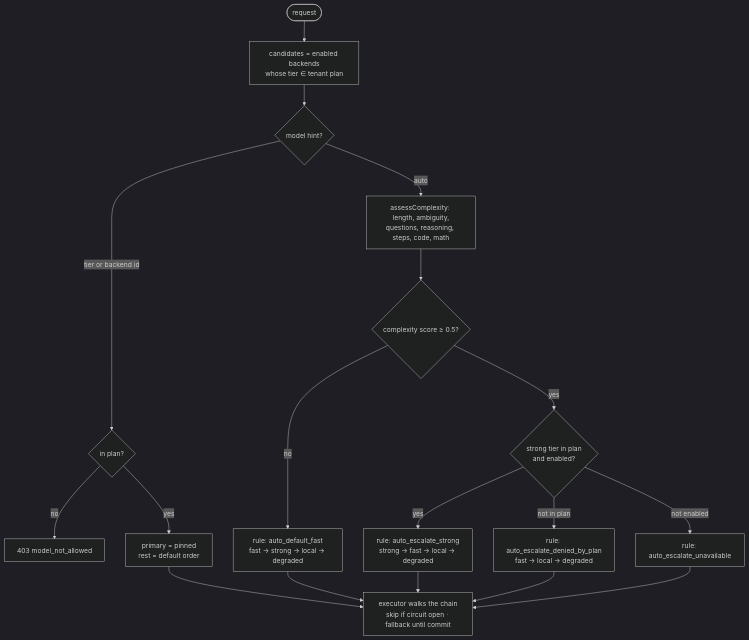
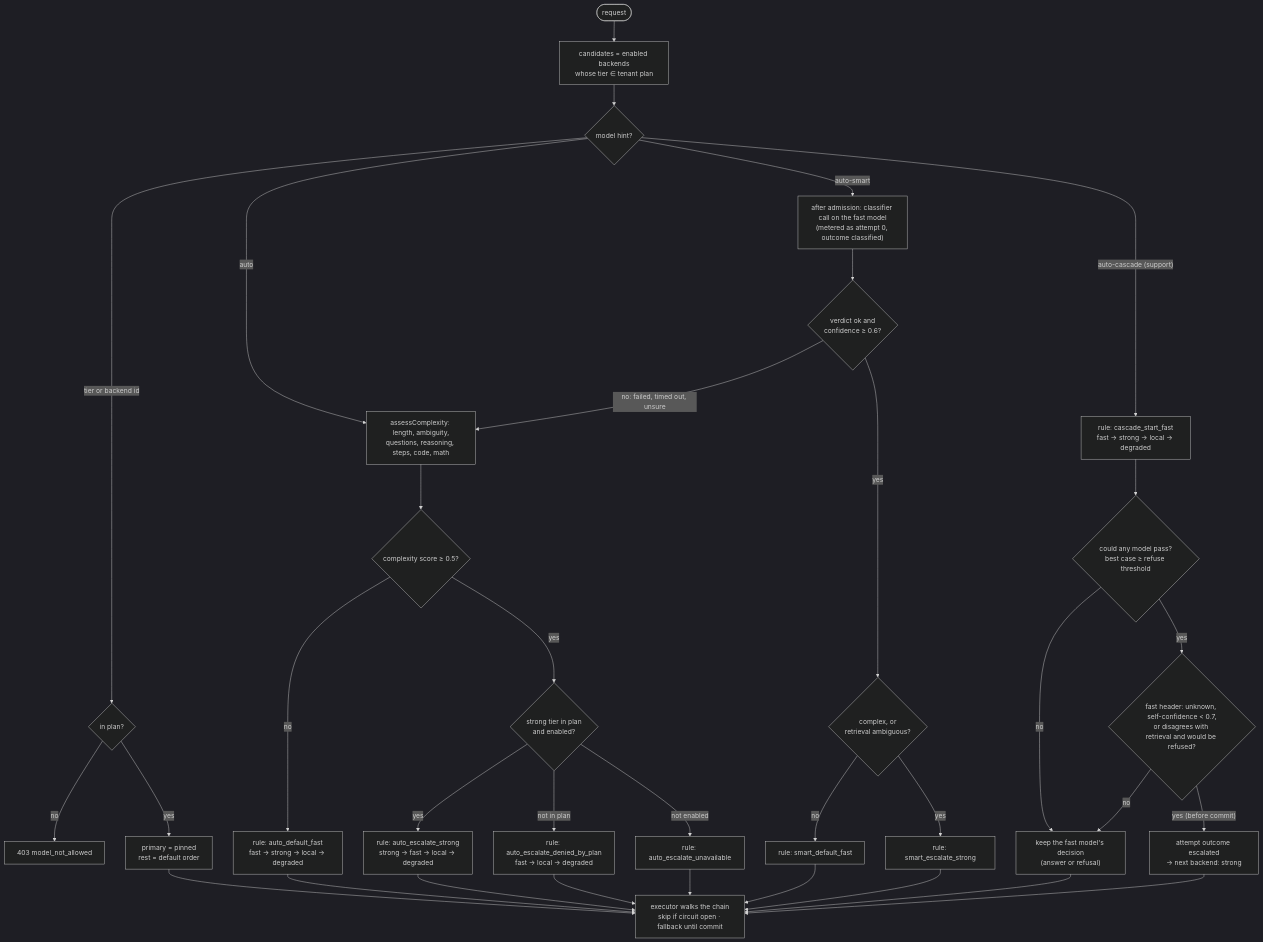
One commit to fauziridwan1709/nalar-router changed the third of 6 diagrams in docs/ARCHITECTURE.md. Above: the diagram before and after it, drawn with Mermaid (dark theme). The commit also changed 7 other files, not shown here.

Commit message:
docs: router modes in REPORT, EVALUATION runs 7-8, API, ARCHITECTURE, README and PROJECT.md

````diff
--- a/docs/ARCHITECTURE.md
+++ b/docs/ARCHITECTURE.md
@@ -110,16 +110,28 @@
 ```mermaid
 flowchart TD
     START([request]) --> ENT["candidates = enabled backends<br/>whose tier ∈ tenant plan"]
     ENT --> HINT{"model hint?"}
     HINT -->|"tier or backend id"| ALLOWED{"in plan?"}
     ALLOWED -->|no| E403["403 model_not_allowed"]
     ALLOWED -->|yes| PIN["primary = pinned<br/>rest = default order"]
     HINT -->|"auto"| CX["assessComplexity: length, ambiguity,<br/>questions, reasoning, steps, code, math"]
+    HINT -->|"auto-smart"| CLS["after admission: classifier call on the fast model<br/>(metered as attempt 0, outcome classified)"]
+    CLS --> CLSOK{"verdict ok and<br/>confidence ≥ 0.6?"}
+    CLSOK -->|"no: failed, timed out, unsure"| CX
+    CLSOK -->|yes| CLSV{"complex, or<br/>retrieval ambiguous?"}
+    CLSV -->|no| SFAST["rule: smart_default_fast"]
+    CLSV -->|yes| SSTRONG["rule: smart_escalate_strong"]
+    HINT -->|"auto-cascade (support)"| CAS["rule: cascade_start_fast<br/>fast → strong → local → degraded"]
+    CAS --> CEIL{"could any model pass?<br/>best case ≥ refuse threshold"}
+    CEIL -->|no| KEEP["keep the fast model's decision<br/>(answer or refusal)"]
+    CEIL -->|yes| HDR{"fast header: unknown, self-confidence < 0.7,<br/>or disagrees with retrieval and would be refused?"}
+    HDR -->|no| KEEP
+    HDR -->|"yes (before commit)"| ESC["attempt outcome escalated<br/>→ next backend: strong"]
     CX --> SIG{"complexity score ≥ 0.5?"}
     SIG -->|no| FAST["rule: auto_default_fast<br/>fast → strong → local → degraded"]
     SIG -->|yes| HAS{"strong tier in plan<br/>and enabled?"}
     HAS -->|yes| STRONG["rule: auto_escalate_strong<br/>strong → fast → local → degraded"]
     HAS -->|"not in plan"| DEN["rule: auto_escalate_denied_by_plan<br/>fast → local → degraded"]
     HAS -->|"not enabled"| UNA["rule: auto_escalate_unavailable"]
-    PIN & FAST & STRONG & DEN & UNA --> EXEC["executor walks the chain<br/>skip if circuit open · fallback until commit"]
+    PIN & FAST & STRONG & DEN & UNA & SFAST & SSTRONG & KEEP & ESC --> EXEC["executor walks the chain<br/>skip if circuit open · fallback until commit"]
 ```
````
